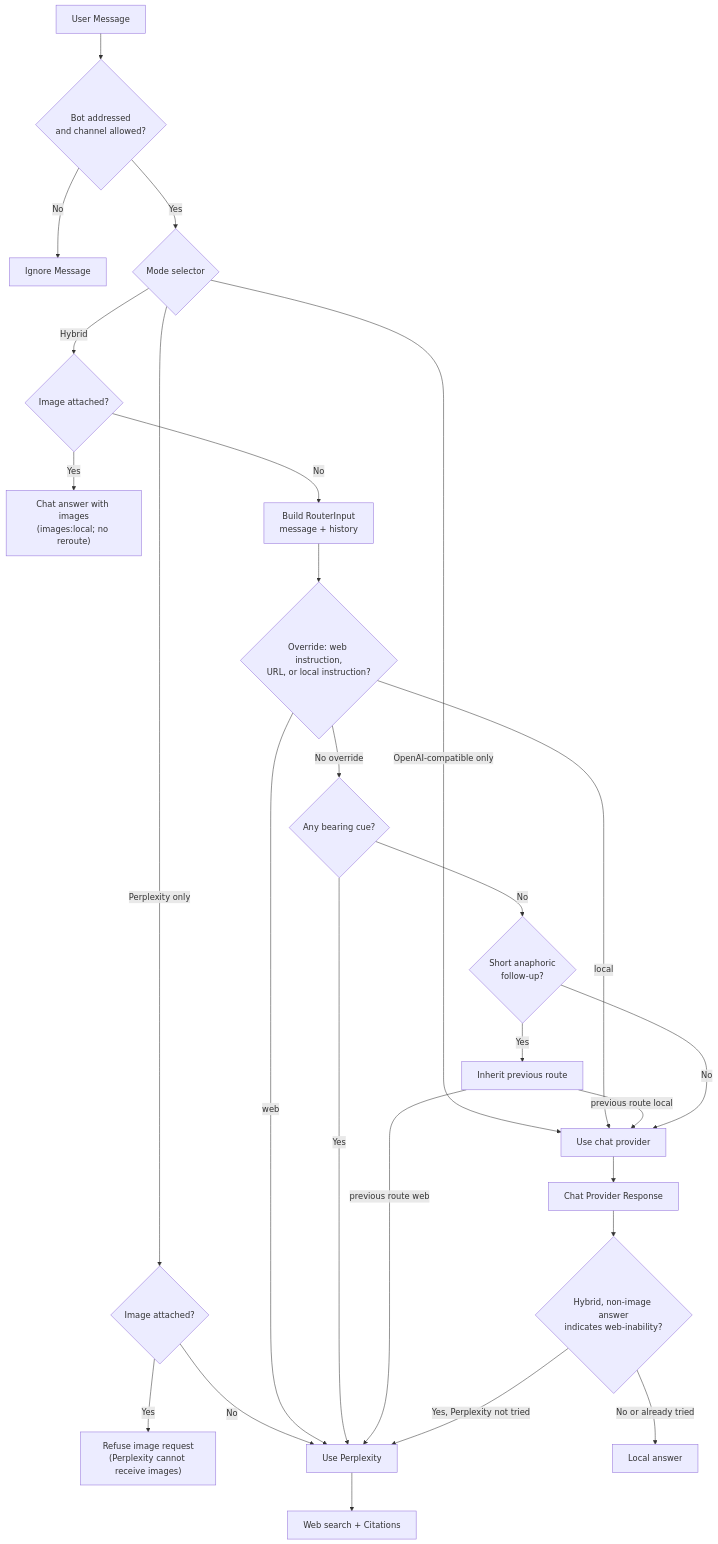
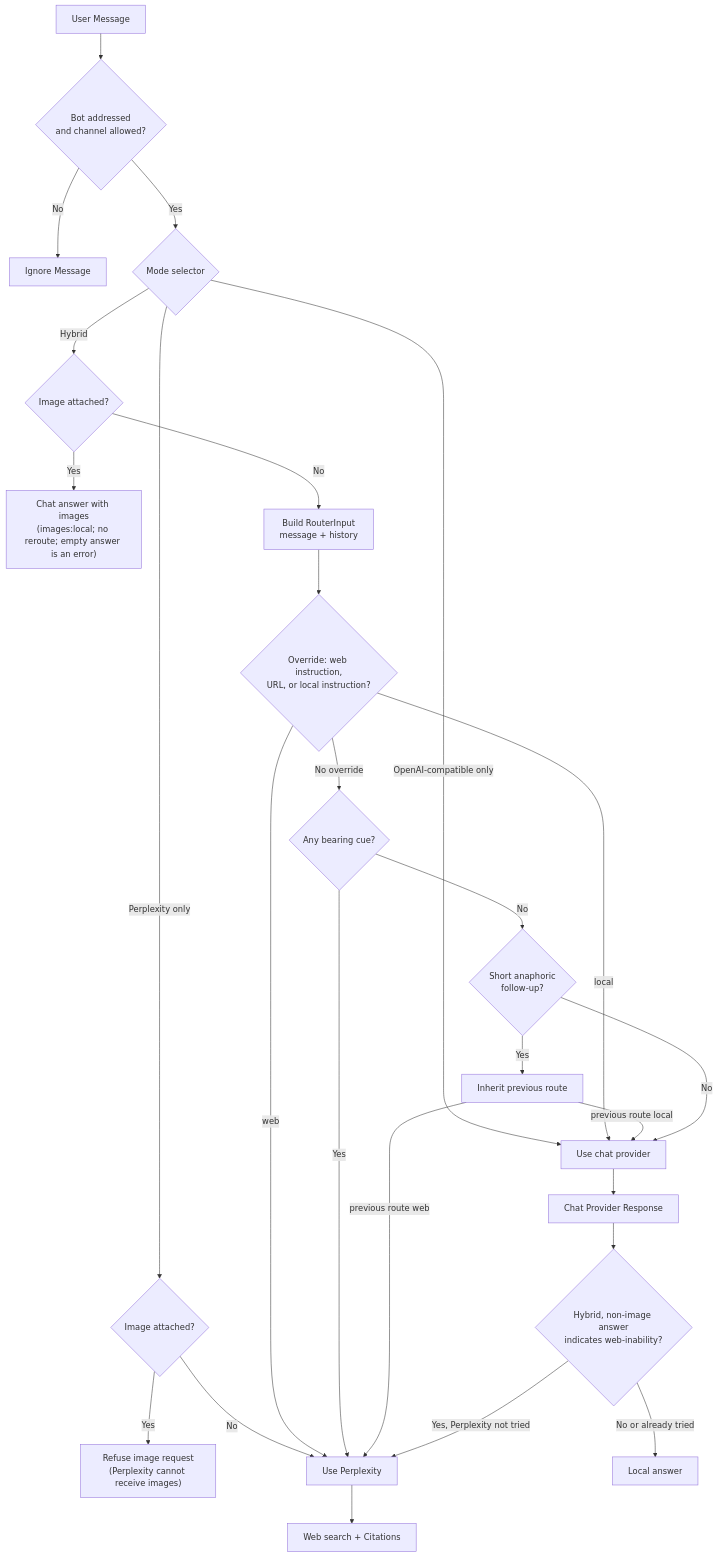
One commit to johndotpub/DiscordianAI changed the diagram in docs/README.md. Above: the diagram before and after it, drawn with Mermaid.

Commit message:
docs(routing): 🖼️ state the empty image answer outcome
The README image terminal said an image answer is not rerouted but did
not say what happens when the chat provider returns nothing. Perplexity
cannot receive the image, so there is no fallback and the user gets the
service-unavailable notice.

````diff
--- a/docs/README.md
+++ b/docs/README.md
@@ -46,33 +46,33 @@
 ```mermaid
 flowchart TD
     A["User Message"] --> GATE{"Bot addressed<br/>and channel allowed?"}
     GATE -->|"No"| Z["Ignore Message"]
     GATE -->|"Yes"| MODE{"Mode selector"}
     MODE -->|"Perplexity only"| PIMG{"Image attached?"}
     PIMG -->|"Yes"| PREF["Refuse image request<br/>(Perplexity cannot receive images)"]
     PIMG -->|"No"| F["Use Perplexity"]
 
     MODE -->|"OpenAI-compatible only"| J["Use chat provider"]
     MODE -->|"Hybrid"| IMG{"Image attached?"}
-    IMG -->|"Yes"| ITERM["Chat answer with images<br/>(images:local; no reroute)"]
+    IMG -->|"Yes"| ITERM["Chat answer with images<br/>(images:local; no reroute; empty answer is an error)"]
     IMG -->|"No"| S["Build RouterInput<br/>message + history"]
 
     S --> C{"Override: web instruction,<br/>URL, or local instruction?"}
     C -->|"web"| F
     C -->|"local"| J
     C -->|"No override"| G{"Any bearing cue?"}
     G -->|"Yes"| F
     G -->|"No"| H{"Short anaphoric<br/>follow-up?"}
     H -->|"Yes"| I["Inherit previous route"]
     I -->|"previous route web"| F
     I -->|"previous route local"| J
     H -->|"No"| J
 
     %% Only a hybrid, non-image local answer can reroute once to Perplexity
     J --> O["Chat Provider Response"]
     O --> WI{"Hybrid, non-image answer<br/>indicates web-inability?"}
     WI -->|"Yes, Perplexity not tried"| F
     WI -->|"No or already tried"| M["Local answer"]
 
     F --> L2["Web search + Citations"]
 ```
````
